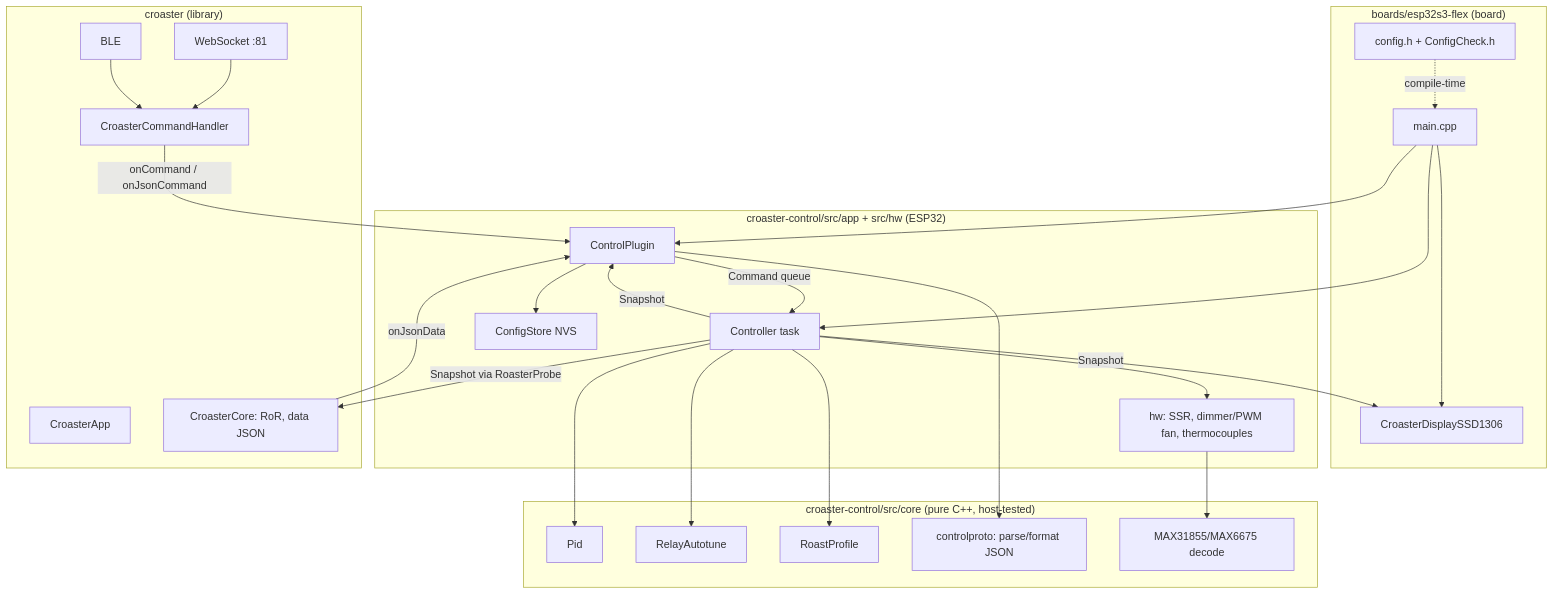
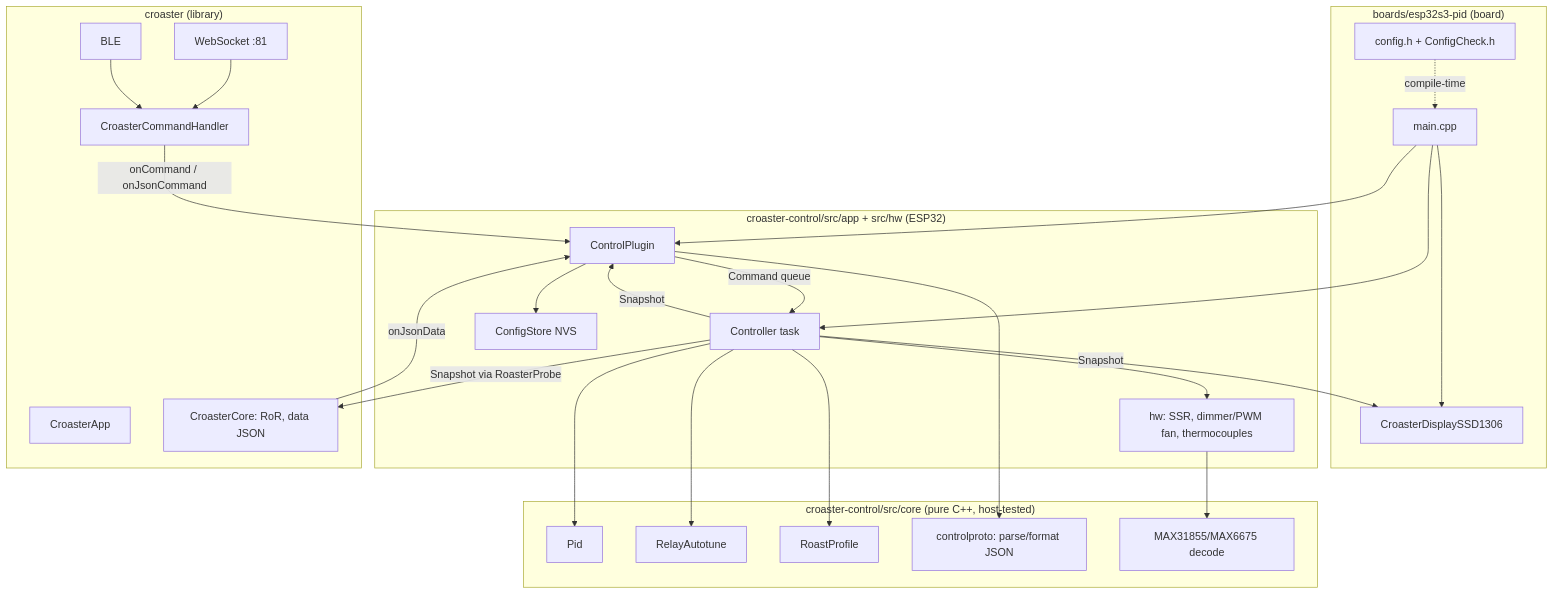
The diagram in docs/architecture.md (shawns1234/Croaster), drawn with Mermaid before and after one commit. The commit also changed other lines of this file and 11 other files, not shown here.

First line of the commit message:
Docs: rename flex to Croaster PID, record decision D25

````diff
--- a/docs/architecture.md
+++ b/docs/architecture.md
@@ -59,40 +59,40 @@
 ```mermaid
 flowchart TB
-    subgraph board["boards/esp32s3-flex (board)"]
+    subgraph board["boards/esp32s3-pid (board)"]
         CFG[config.h + ConfigCheck.h]
         MAIN[main.cpp]
         OLED[CroasterDisplaySSD1306]
     end
     subgraph rc["croaster-control/src/app + src/hw (ESP32)"]
         PLUG[ControlPlugin]
         R[Controller task]
         HW[hw: SSR, dimmer/PWM fan, thermocouples]
         NVS[ConfigStore NVS]
     end
     subgraph core["croaster-control/src/core (pure C++, host-tested)"]
         PID[Pid]
         AT[RelayAutotune]
         PROF[RoastProfile]
         PROTO[controlproto: parse/format JSON]
         DEC[MAX31855/MAX6675 decode]
     end
     subgraph cl["croaster (library)"]
         APP[CroasterApp]
         CMD[CroasterCommandHandler]
         CORE[CroasterCore: RoR, data JSON]
         WS[WebSocket :81]
         BLE[BLE]
     end
     MAIN --> PLUG & R & OLED
     CFG -.compile-time.-> MAIN
     WS & BLE --> CMD
     CMD -- onCommand / onJsonCommand --> PLUG
     PLUG --> PROTO
     PLUG -- Command queue --> R
     R --> PID & AT & PROF & HW
     HW --> DEC
     R -- Snapshot --> PLUG & OLED
     R -- Snapshot via RoasterProbe --> CORE
     CORE -- onJsonData --> PLUG
     PLUG --> NVS
 ```
````
